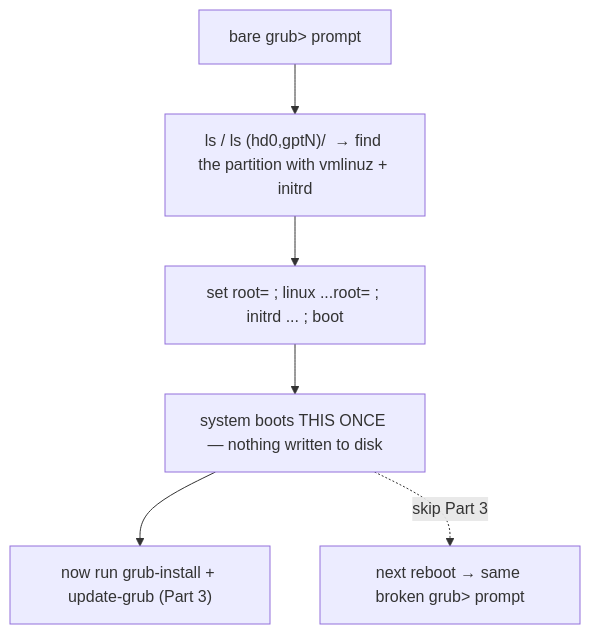
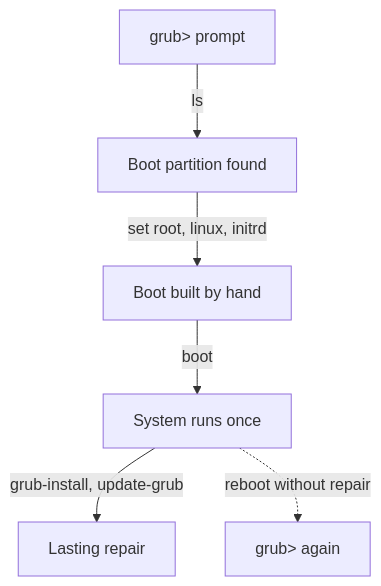
Before and after one commit to astrona-io/ATS002: the diagram in sections/section-080/module-04/course-02-manual-rescue-from-grub.md, drawn with Mermaid. The commit also changed other lines of this file and 615 other files, not shown here.

````diff
--- a/sections/section-080/module-04/course-02-manual-rescue-from-grub.md
+++ b/sections/section-080/module-04/course-02-manual-rescue-from-grub.md
@@ -35,8 +43,8 @@
 ```mermaid
 flowchart TD
-    P["bare grub> prompt"] --> LS["ls / ls (hd0,gptN)/  → find the partition with vmlinuz + initrd"]
-    LS --> ASM["set root= ; linux ...root=<realdev> ; initrd ... ; boot"]
-    ASM --> UP["system boots THIS ONCE — nothing written to disk"]
-    UP --> FIX["now run grub-install + update-grub (Part 3)"]
-    UP -.skip Part 3.-> BACK["next reboot → same broken grub> prompt"]
+    P["grub> prompt"] -->|"ls"| LS["Boot partition found"]
+    LS -->|"set root, linux, initrd"| ASM["Boot built by hand"]
+    ASM -->|"boot"| UP["System runs once"]
+    UP -->|"grub-install, update-grub"| FIX["Lasting repair"]
+    UP -.->|"reboot without repair"| BACK["grub> again"]
 ```
````
